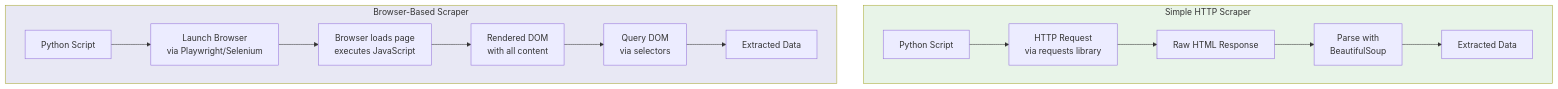
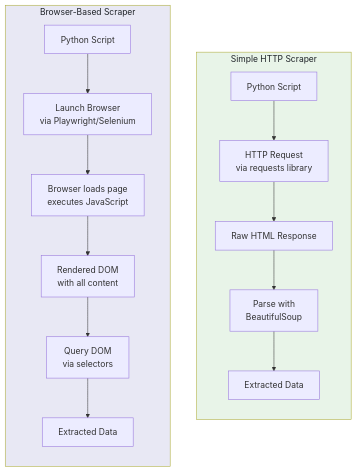
One commit to bytetunnels/bytetunnels.github.com changed the third of 3 diagrams in _posts/2026-02-05-how-web-scrapers-work-architecture-request-to-data.md. Above: the diagram before and after it, drawn with Mermaid. The commit also changed 118 other files, not shown here.

Commit message:
feat: improve diagram styling and compact wide flowcharts

````diff
--- a/_posts/2026-02-05-how-web-scrapers-work-architecture-request-to-data.md
+++ b/_posts/2026-02-05-how-web-scrapers-work-architecture-request-to-data.md
@@ -367,20 +367,22 @@
 ```mermaid
 graph TD
     subgraph SIMPLE["Simple HTTP Scraper"]
-        A1["Python Script"] --> A2["HTTP Request<br>via requests library"]
+        direction TB
+        A1["Python Script"] --> A2["HTTP Request<br/>via requests library"]
         A2 --> A3["Raw HTML Response"]
-        A3 --> A4["Parse with<br>BeautifulSoup"]
+        A3 --> A4["Parse with<br/>BeautifulSoup"]
         A4 --> A5["Extracted Data"]
     end
 
     subgraph BROWSER["Browser-Based Scraper"]
-        B1["Python Script"] --> B2["Launch Browser<br>via Playwright/Selenium"]
-        B2 --> B3["Browser loads page<br>executes JavaScript"]
-        B3 --> B4["Rendered DOM<br>with all content"]
-        B4 --> B5["Query DOM<br>via selectors"]
+        direction TB
+        B1["Python Script"] --> B2["Launch Browser<br/>via Playwright/Selenium"]
+        B2 --> B3["Browser loads page<br/>executes JavaScript"]
+        B3 --> B4["Rendered DOM<br/>with all content"]
+        B4 --> B5["Query DOM<br/>via selectors"]
         B5 --> B6["Extracted Data"]
     end
 
-    style SIMPLE fill:#e8f4e8
-    style BROWSER fill:#e8e8f4
+    style SIMPLE fill:#e8f4e8,color:#1f2328
+    style BROWSER fill:#e8e8f4,color:#1f2328
 ```
````
